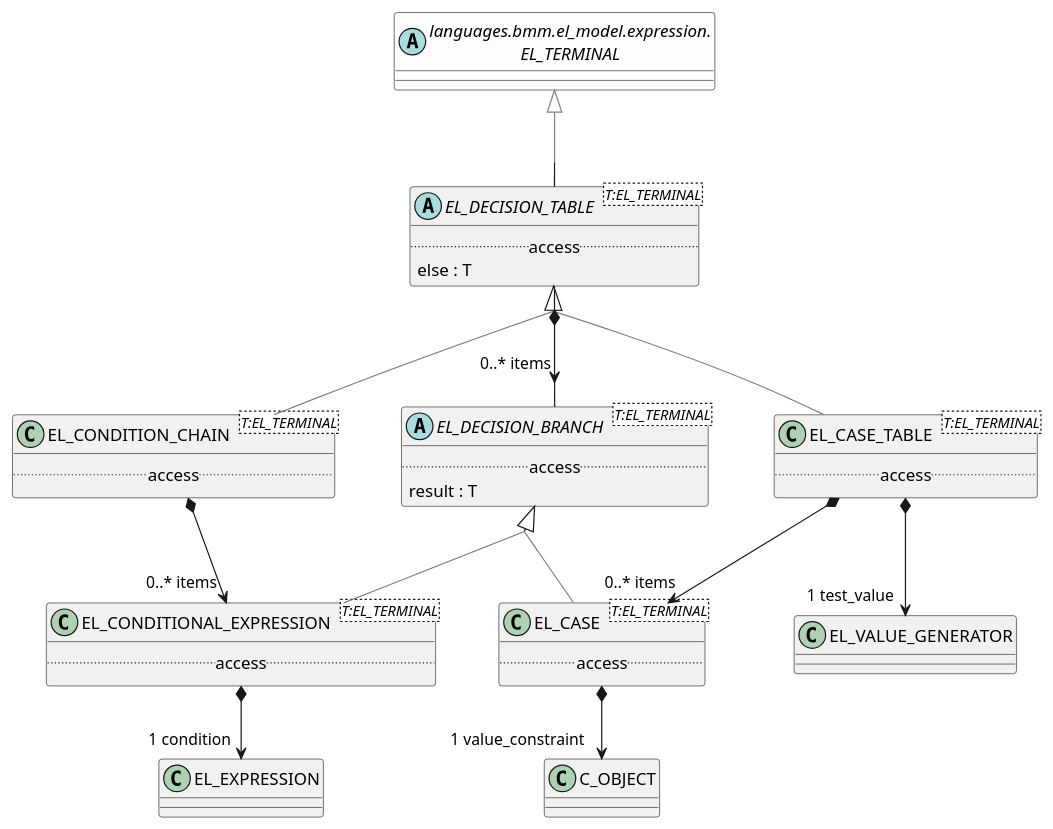
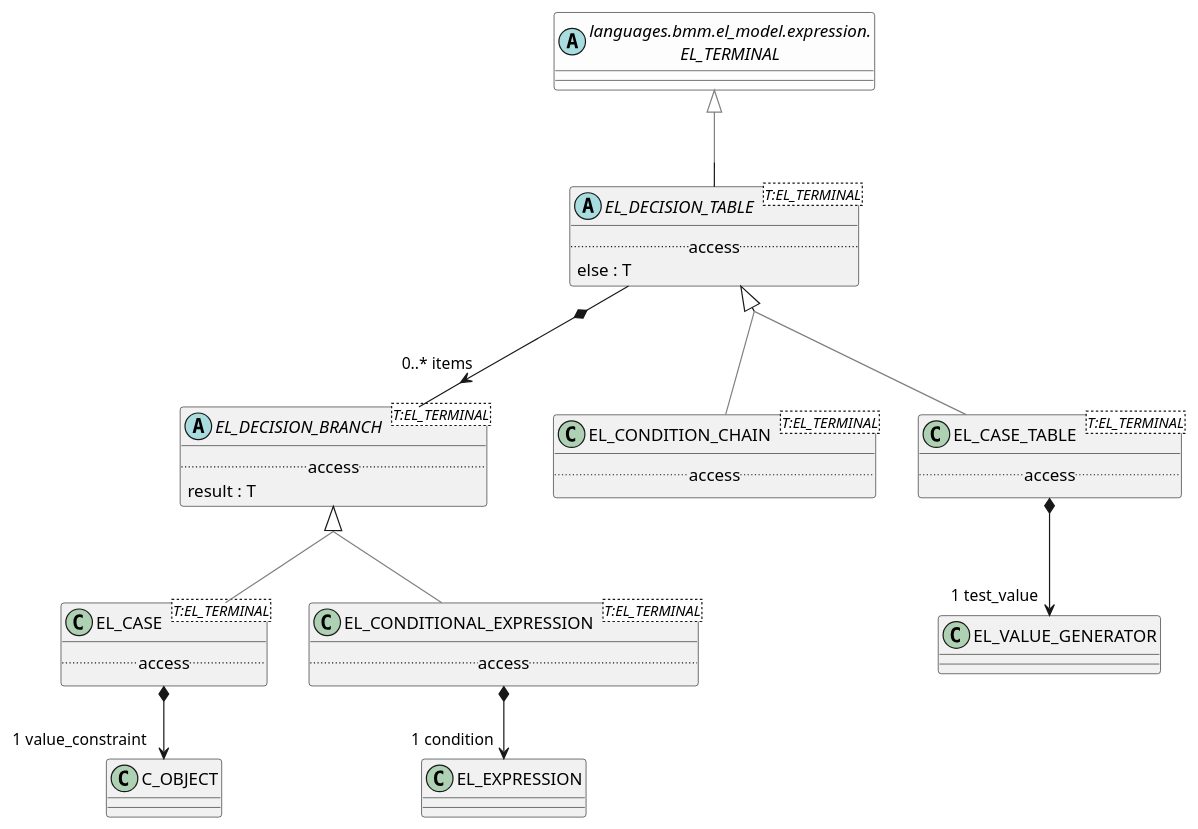
One commit to wolandscat/openehr-doc changed the diagram in modules/ROOT/examples/bmm/languages/bmm/el_model/decision/decision-package-uml.adoc. Above: the diagram before and after it, drawn with PlantUML. The commit also changed 541 other files, not shown here.

Commit message:
Regen with override markers, and override relations removed from UML.

```diff
--- a/modules/ROOT/examples/bmm/languages/bmm/el_model/decision/decision-package-uml.adoc
+++ b/modules/ROOT/examples/bmm/languages/bmm/el_model/decision/decision-package-uml.adoc
@@ -3,62 +3,58 @@
 [plantuml,opts=interactive,link=self]
 ....
 skinparam groupInheritance 2
 skinparam citedClassColor #FDFDFD
 
 
 class EL_CONDITION_CHAIN<T:EL_TERMINAL> [[/openehr-doc/latest/languages/bmm-gen.html#_class_el_condition_chain]] {
         .. access ..
 }
 
-EL_CONDITION_CHAIN -[#gray]up-|> EL_DECISION_TABLE  
+EL_CONDITION_CHAIN -[#gray]up-|> EL_DECISION_TABLE
 
-
-EL_CONDITION_CHAIN *--> "0..* items" EL_CONDITIONAL_EXPRESSION
 
 class EL_CASE<T:EL_TERMINAL> [[/openehr-doc/latest/languages/bmm-gen.html#_class_el_case]] {
         .. access ..
 }
 
-EL_CASE -[#gray]up-|> EL_DECISION_BRANCH  
+EL_CASE -[#gray]up-|> EL_DECISION_BRANCH
 
 
 EL_CASE *--> "1 value_constraint" C_OBJECT
 
 class EL_CASE_TABLE<T:EL_TERMINAL> [[/openehr-doc/latest/languages/bmm-gen.html#_class_el_case_table]] {
         .. access ..
 }
 
-EL_CASE_TABLE -[#gray]up-|> EL_DECISION_TABLE  
+EL_CASE_TABLE -[#gray]up-|> EL_DECISION_TABLE
 
-
-EL_CASE_TABLE *--> "0..* items" EL_CASE
 
 EL_CASE_TABLE *--> "1 test_value" EL_VALUE_GENERATOR
 
 abstract class EL_DECISION_BRANCH<T:EL_TERMINAL> [[/openehr-doc/latest/languages/bmm-gen.html#_class_el_decision_branch]] {
         .. access ..
         result : T
 }
 
 class EL_CONDITIONAL_EXPRESSION<T:EL_TERMINAL> [[/openehr-doc/latest/languages/bmm-gen.html#_class_el_conditional_expression]] {
         .. access ..
 }
 
-EL_CONDITIONAL_EXPRESSION -[#gray]up-|> EL_DECISION_BRANCH  
+EL_CONDITIONAL_EXPRESSION -[#gray]up-|> EL_DECISION_BRANCH
 
 
 EL_CONDITIONAL_EXPRESSION *--> "1 condition" EL_EXPRESSION
 
 abstract class EL_DECISION_TABLE<T:EL_TERMINAL> [[/openehr-doc/latest/languages/bmm-gen.html#_class_el_decision_table]] {
         .. access ..
         else : T
 }
 
-EL_DECISION_TABLE -[#gray]up-|> EL_TERMINAL  
+EL_DECISION_TABLE -[#gray]up-|> EL_TERMINAL
 
 
 EL_DECISION_TABLE *--> "0..* items" EL_DECISION_BRANCH
 abstract class "languages.bmm.el_model.expression.\nEL_TERMINAL" as EL_TERMINAL  [[/openehr-doc/latest/languages/bmm-gen.html#_class_el_terminal]] #FDFDFD {
 }
 
 ....
```
